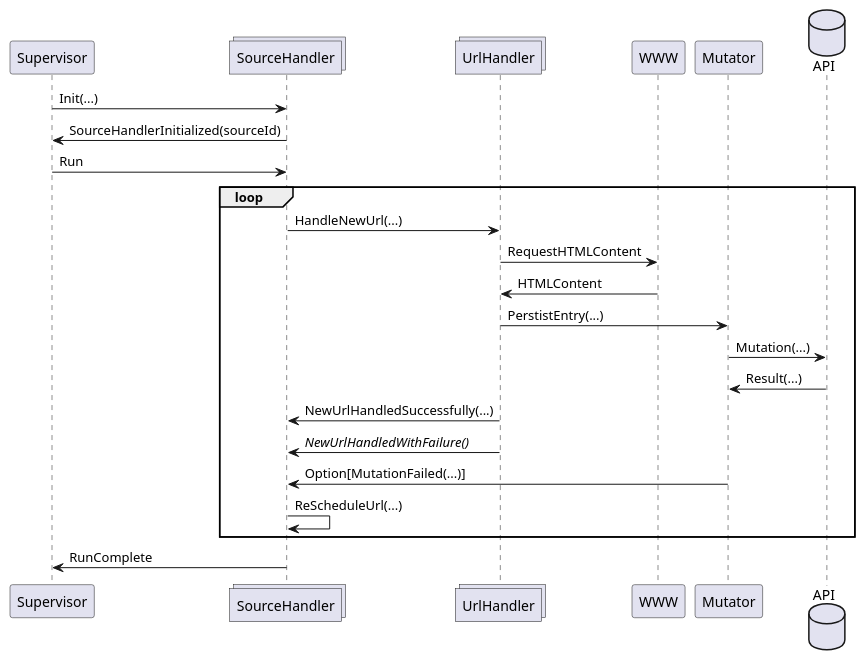
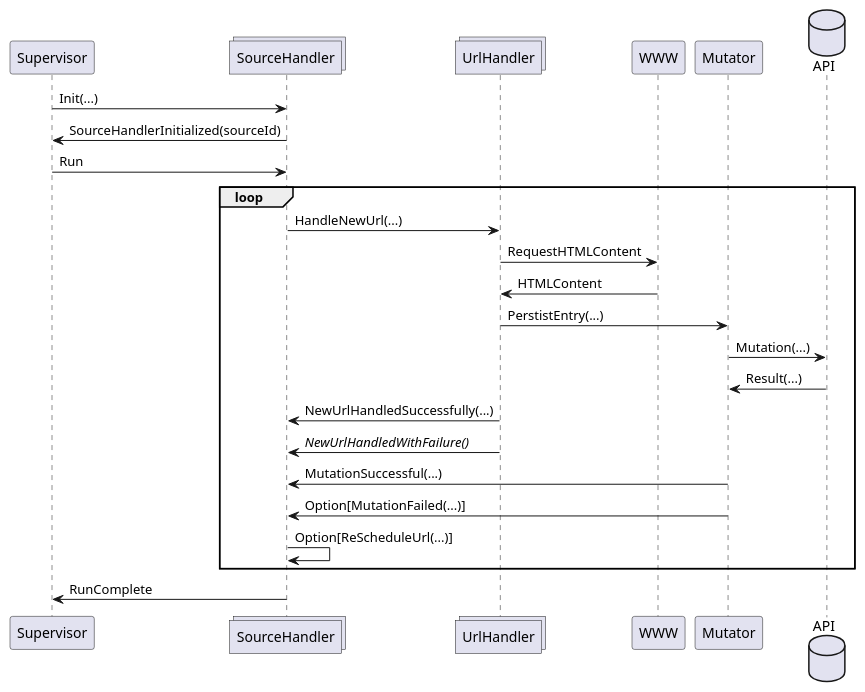
Before and after one commit to coverified/content_extractor: the diagram in doc/proto.puml, drawn with PlantUML. The commit also changed 3 other files, not shown here.

Commit message:
moved mutator from Supervisor to SourceHandler

```diff
--- a/doc/proto.puml
+++ b/doc/proto.puml
@@ -1,29 +1,33 @@
 @startuml
 participant Supervisor
 collections SourceHandler
 collections UrlHandler
 participant WWW
 participant Mutator
 database API
 
 
 Supervisor -> SourceHandler: Init(...)
 SourceHandler -> Supervisor: SourceHandlerInitialized(sourceId)
 Supervisor -> SourceHandler: Run
 
 loop
 SourceHandler -> UrlHandler: HandleNewUrl(...)
 UrlHandler -> WWW: RequestHTMLContent
 WWW -> UrlHandler: HTMLContent
 
 UrlHandler -> Mutator: PerstistEntry(...)
 Mutator -> API: Mutation(...)
 API -> Mutator: Result(...)
 UrlHandler -> SourceHandler: NewUrlHandledSuccessfully(...)
 UrlHandler -> SourceHandler: //NewUrlHandledWithFailure()//
+Mutator -> SourceHandler: MutationSuccessful(...)
 Mutator -> SourceHandler: Option[MutationFailed(...)]
-SourceHandler -> SourceHandler: ReScheduleUrl(...)
+
+SourceHandler -> SourceHandler: Option[ReScheduleUrl(...)]
+
+
 end loop
 
 SourceHandler -> Supervisor:RunComplete
 @enduml
```
